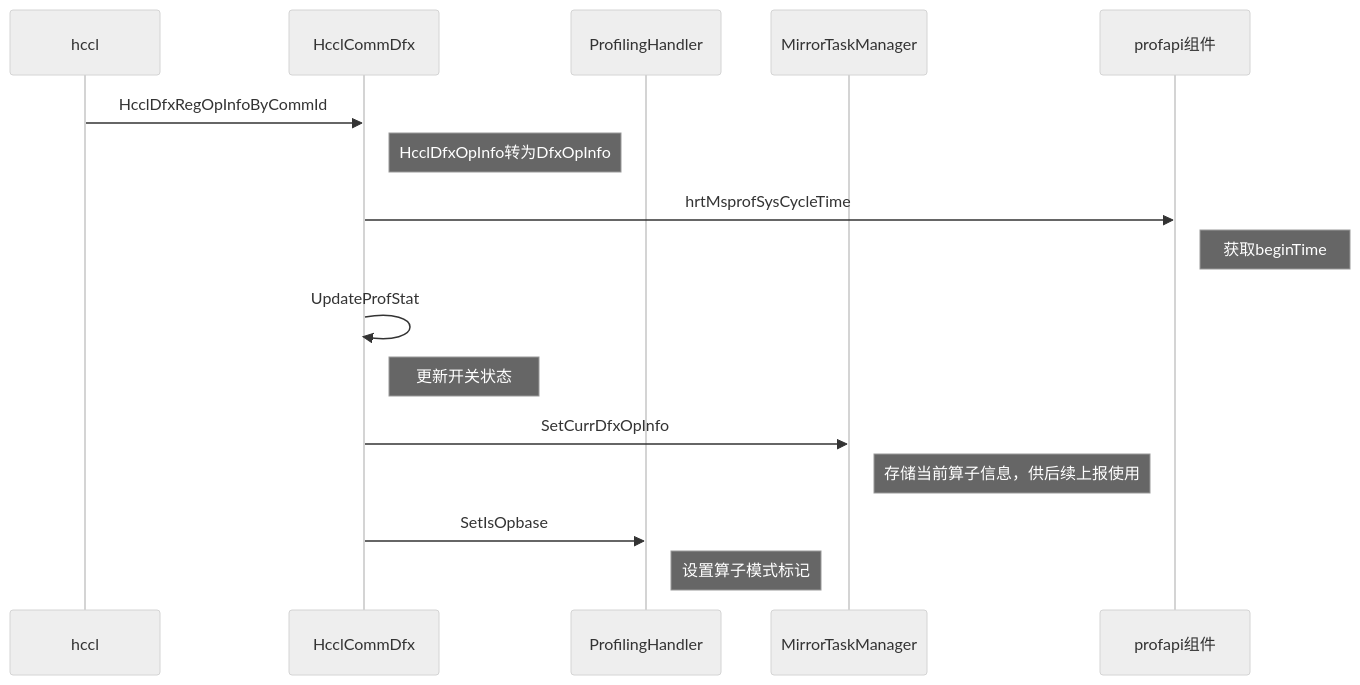
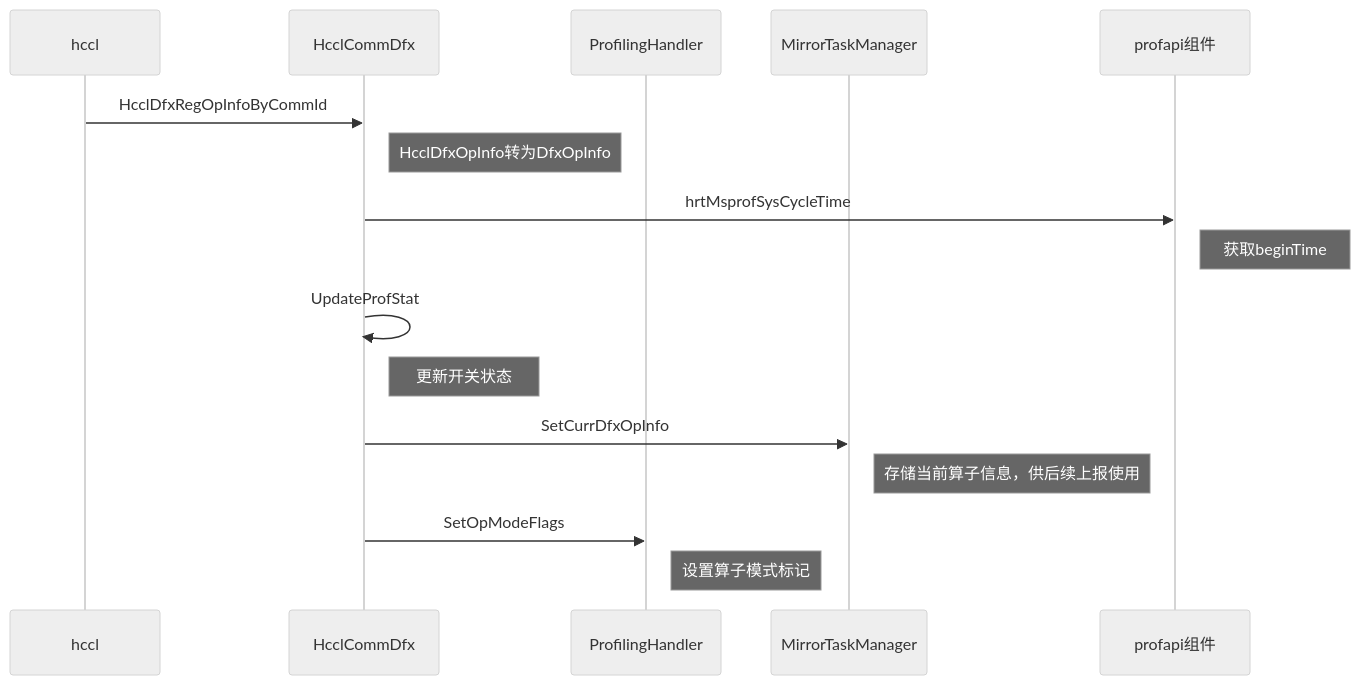
One commit to hicann/hcomm changed the second of 13 diagrams in src/coll_communicator_mgr/dfx/profiling/profiling.md. Above: the diagram before and after it, drawn with Mermaid (neutral theme). The commit also changed other lines of this file and 17 other files, not shown here.

````diff
--- a/src/coll_communicator_mgr/dfx/profiling/profiling.md
+++ b/src/coll_communicator_mgr/dfx/profiling/profiling.md
@@ -107,19 +107,19 @@
 ```mermaid
 sequenceDiagram
     participant HCCL as hccl
     participant HCD as HcclCommDfx
     participant PH as ProfilingHandler
     participant MTM as MirrorTaskManager
     participant Profapi as profapi组件
 
     HCCL->>HCD: HcclDfxRegOpInfoByCommId
     Note right of HCD: HcclDfxOpInfo转为DfxOpInfo
     HCD->>Profapi: hrtMsprofSysCycleTime
     Note right of Profapi: 获取beginTime
     HCD->>HCD: UpdateProfStat
     Note right of HCD: 更新开关状态
     HCD->>MTM: SetCurrDfxOpInfo
     Note right of MTM: 存储当前算子信息，供后续上报使用
-    HCD->>PH: SetIsOpbase
+    HCD->>PH: SetOpModeFlags
     Note right of PH: 设置算子模式标记
 ```
````
